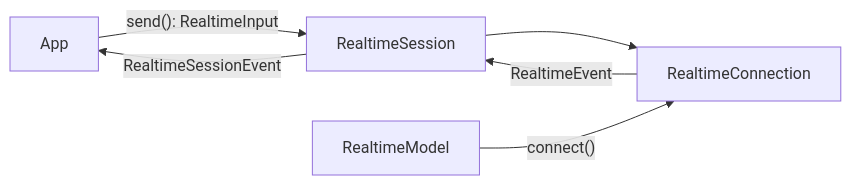
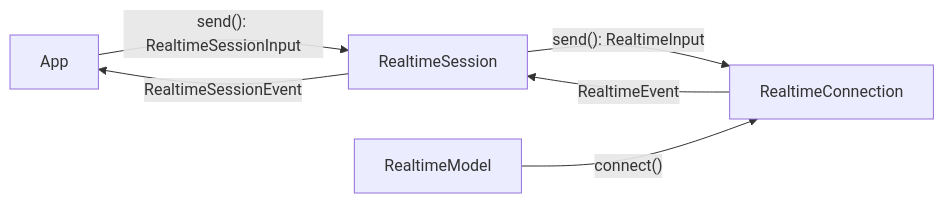
The diagram in docs/api/realtime.md (pydantic/pydantic-ai), drawn with Mermaid before and after one commit. The commit also changed other lines of this file and 12 other files, not shown here.

````diff
--- a/docs/api/realtime.md
+++ b/docs/api/realtime.md
@@ -15,8 +15,8 @@
 ```mermaid
 graph LR
-    App -- "send(): RealtimeInput" --> S[RealtimeSession]
-    S --> C[RealtimeConnection]
+    App -- "send(): RealtimeSessionInput" --> S[RealtimeSession]
+    S -- "send(): RealtimeInput" --> C[RealtimeConnection]
     M[RealtimeModel] -- "connect()" --> C
     C -- "RealtimeEvent" --> S
     S -- "RealtimeSessionEvent" --> App
 ```
````
